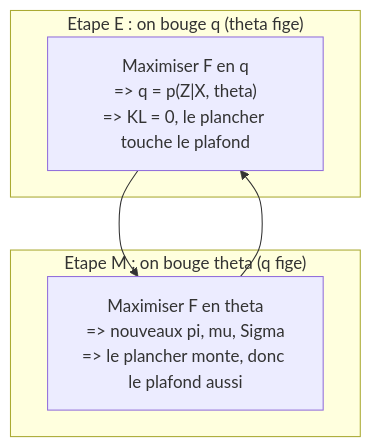
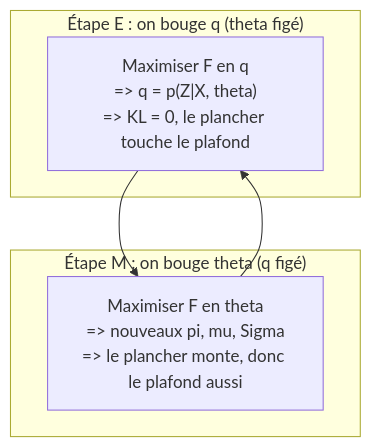
The fourth of 5 diagrams in chapitres/11-melanges-gaussiens.md (tanguychenier/Mathematiques-pour-le-Machine-Learning), drawn with Mermaid before and after one commit. The commit also changed other lines of this file and 7 other files, not shown here.

````diff
--- a/chapitres/11-melanges-gaussiens.md
+++ b/chapitres/11-melanges-gaussiens.md
@@ -558,10 +558,10 @@
 ```mermaid
 flowchart TD
-    subgraph EE["Etape E : on bouge q (theta fige)"]
+    subgraph EE["Étape E : on bouge q (theta figé)"]
       E1["Maximiser F en q<br/>=> q = p(Z|X, theta)<br/>=> KL = 0, le plancher touche le plafond"]
     end
-    subgraph MM["Etape M : on bouge theta (q fige)"]
+    subgraph MM["Étape M : on bouge theta (q figé)"]
       M1["Maximiser F en theta<br/>=> nouveaux pi, mu, Sigma<br/>=> le plancher monte, donc le plafond aussi"]
     end
     E1 --> M1 --> E1
 ```
````
